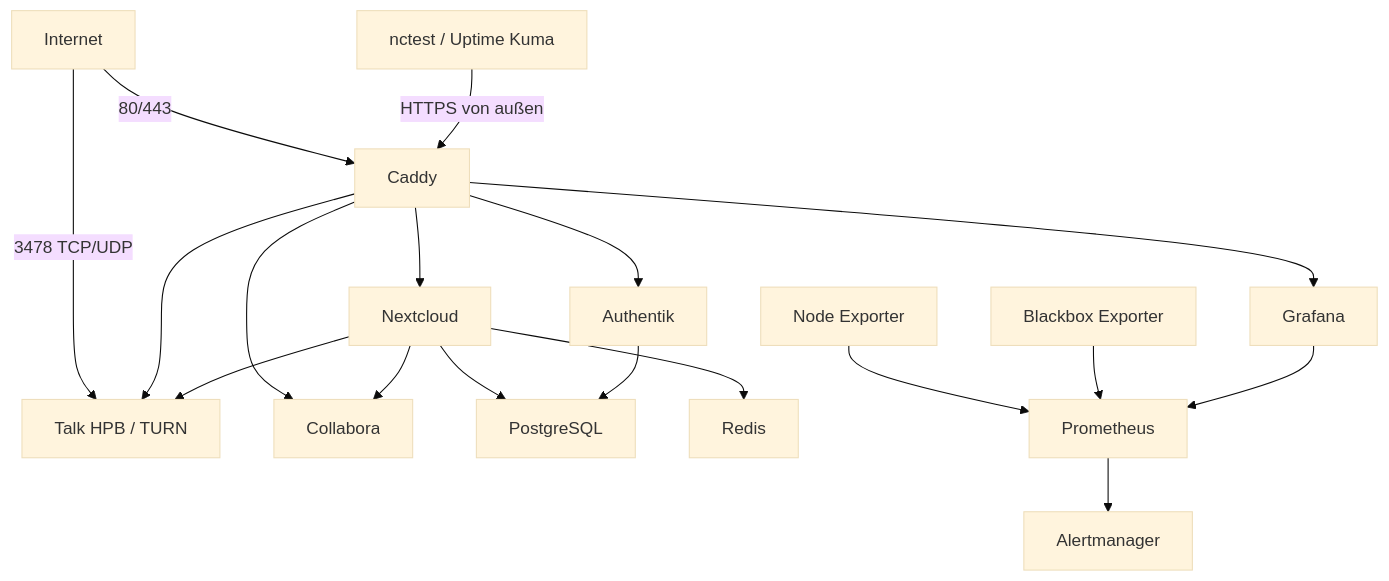
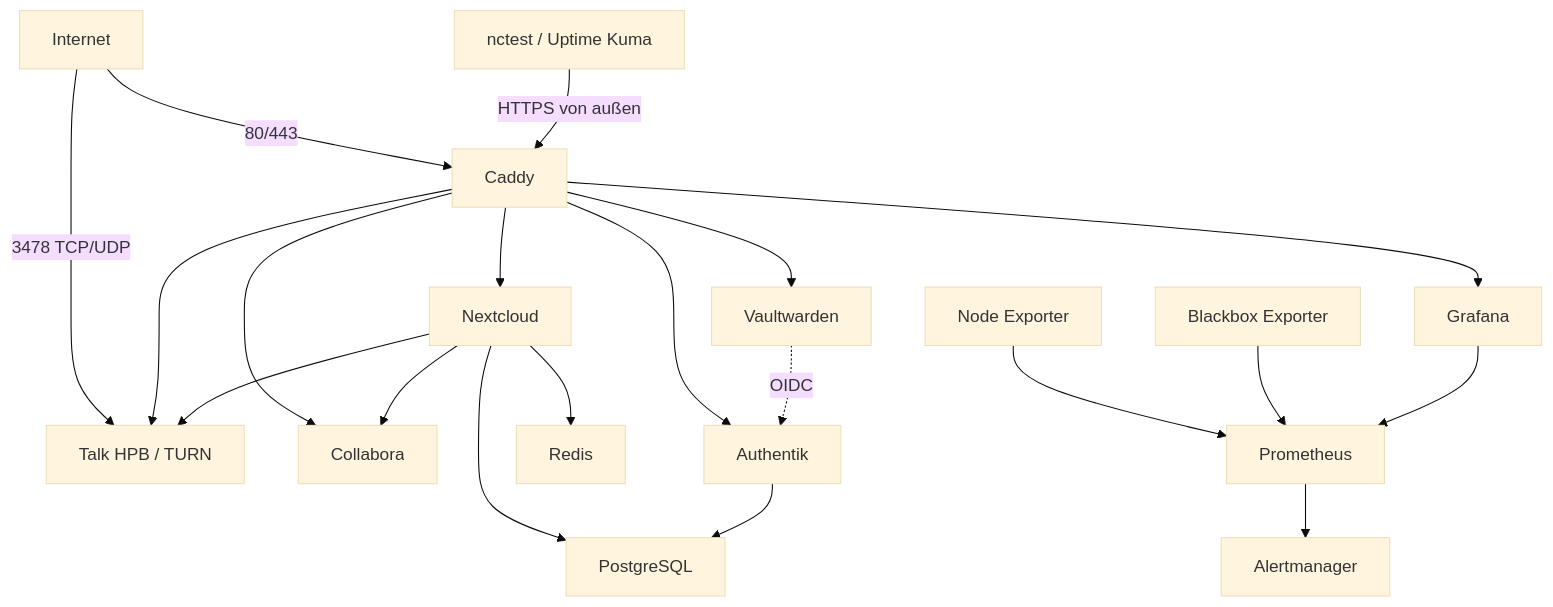
The diagram in docs/03-architecture.md (zircula-ev/infrastructure), drawn with Mermaid (base theme) before and after one commit. The commit also changed other lines of this file and 14 other files, not shown here.

````diff
--- a/docs/03-architecture.md
+++ b/docs/03-architecture.md
@@ -5,23 +5,25 @@
 ```mermaid
 flowchart TD
     Internet -->|80/443| Caddy
     Internet -->|3478 TCP/UDP| TalkHPB[Talk HPB / TURN]
     nctest[nctest / Uptime Kuma] -->|HTTPS von außen| Caddy
 
     Caddy --> Nextcloud
     Caddy --> Collabora
     Caddy --> Authentik
     Caddy --> Grafana
+    Caddy --> Vaultwarden
     Caddy --> TalkHPB
 
     Nextcloud --> PostgreSQL
     Nextcloud --> Redis
     Nextcloud --> Collabora
     Nextcloud --> TalkHPB
     Authentik --> PostgreSQL
+    Vaultwarden -.->|OIDC| Authentik
 
     NodeExporter[Node Exporter] --> Prometheus
     BlackboxExporter[Blackbox Exporter] --> Prometheus
     Prometheus --> Alertmanager
     Grafana --> Prometheus
 ```
````
